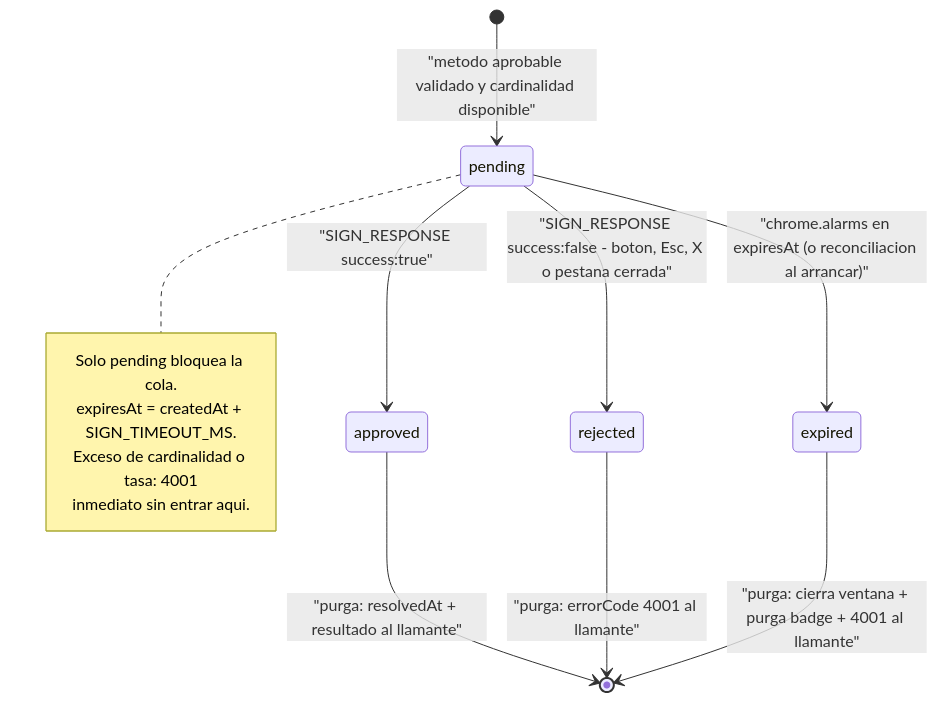
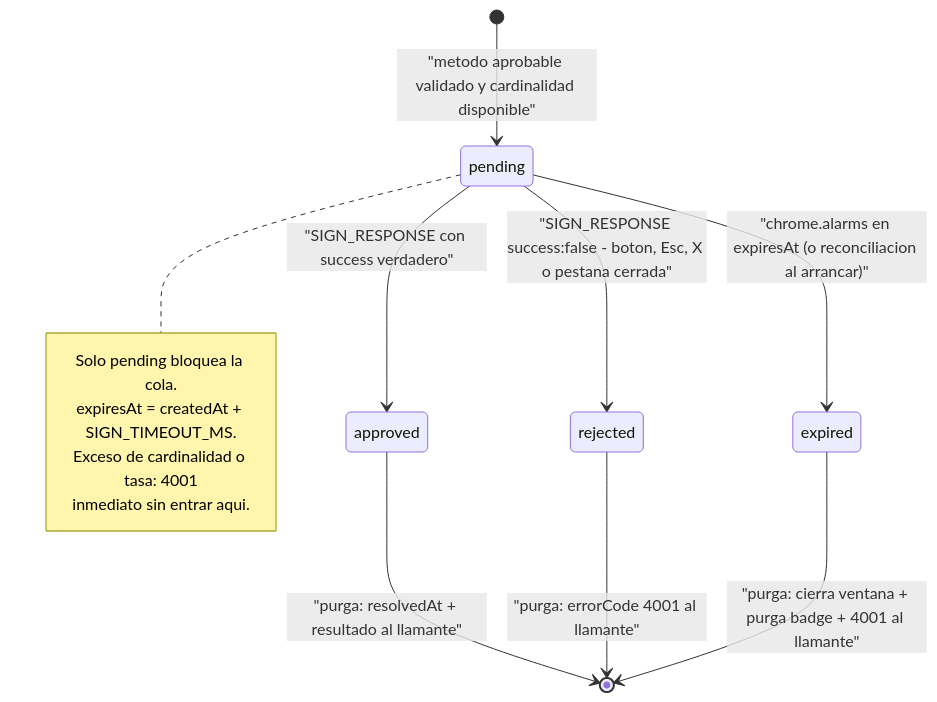
Before and after one commit to anlucorporations/chrome-wallet: the sixth of 14 diagrams in RepoTecnico/documento_tecnico.md, drawn with Mermaid. The commit also changed other lines of this file and 7 other files, not shown here.

````diff
--- a/RepoTecnico/documento_tecnico.md
+++ b/RepoTecnico/documento_tecnico.md
@@ -627,16 +687,16 @@
 ```mermaid
 stateDiagram-v2
     [*] --> pending : "metodo aprobable validado y cardinalidad disponible"
-    pending --> approved : "SIGN_RESPONSE success:true"
+    pending --> approved : "SIGN_RESPONSE con success verdadero"
     pending --> rejected : "SIGN_RESPONSE success:false - boton, Esc, X o pestana cerrada"
     pending --> expired : "chrome.alarms en expiresAt (o reconciliacion al arrancar)"
     approved --> [*] : "purga: resolvedAt + resultado al llamante"
     rejected --> [*] : "purga: errorCode 4001 al llamante"
     expired --> [*] : "purga: cierra ventana + purga badge + 4001 al llamante"
     note right of pending
         Solo pending bloquea la cola.
         expiresAt = createdAt + SIGN_TIMEOUT_MS.
         Exceso de cardinalidad o tasa: 4001
         inmediato sin entrar aqui.
     end note
 ```
````
